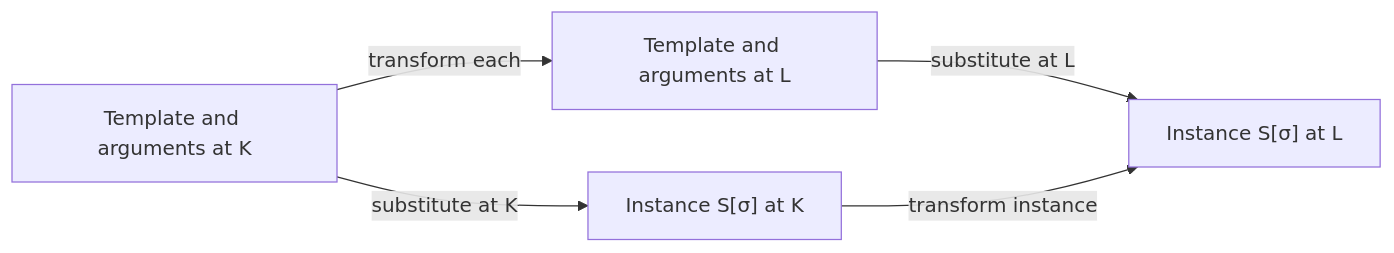
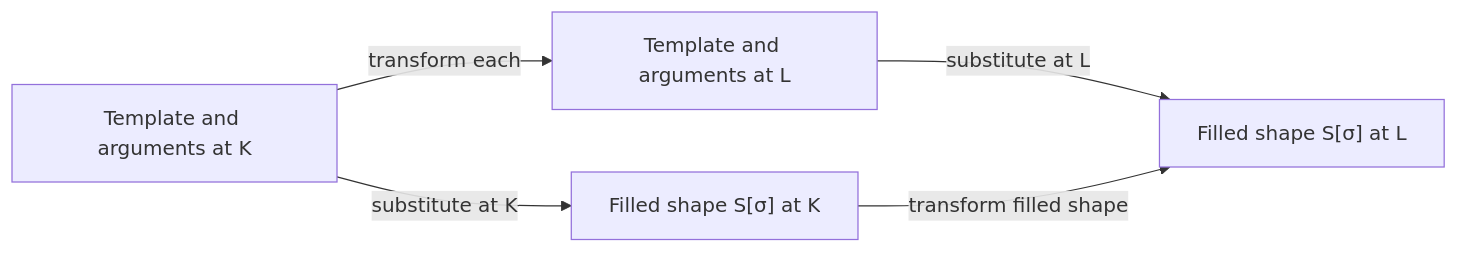
Before and after one commit to Bitspark/nightseam: the third of 3 diagrams in docs/theory/foundations.md, drawn with Mermaid. The commit also changed other lines of this file and 18 other files, not shown here.

````diff
--- a/docs/theory/foundations.md
+++ b/docs/theory/foundations.md
@@ -864,7 +881,7 @@
 ```mermaid
 flowchart LR
     A["Template and arguments at K"] -->|"transform each"| B["Template and arguments at L"]
-    A -->|"substitute at K"| S["Instance S[σ] at K"]
-    B -->|"substitute at L"| D["Instance S[σ] at L"]
-    S -->|"transform instance"| D
+    A -->|"substitute at K"| S["Filled shape S[σ] at K"]
+    B -->|"substitute at L"| D["Filled shape S[σ] at L"]
+    S -->|"transform filled shape"| D
 ```
````
